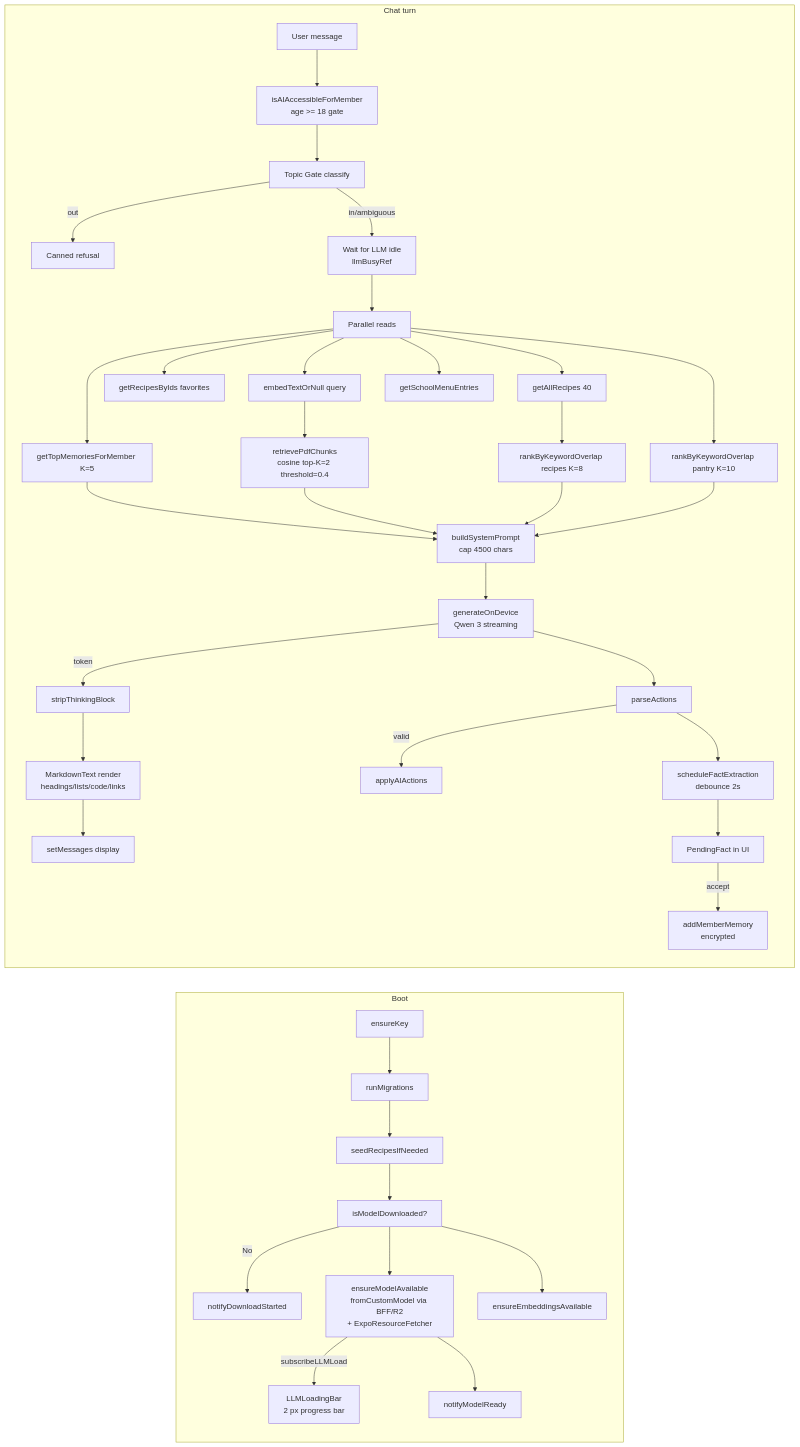
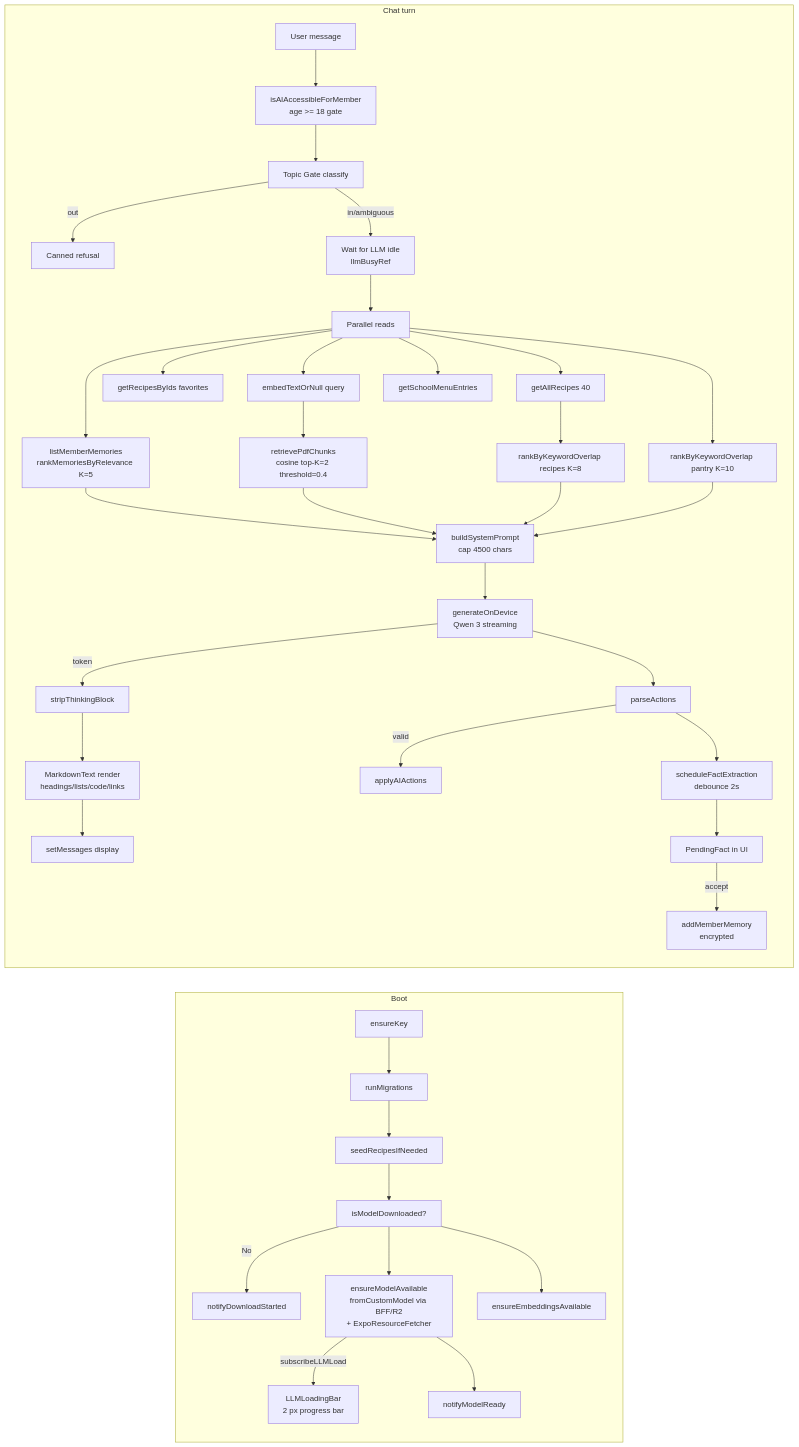
The first of 3 diagrams in docs/data-architecture/04-ai-architecture.md (antonionc/nutrIAssistant), drawn with Mermaid before and after one commit. The commit also changed other lines of this file and 23 other files, not shown here.

````diff
--- a/docs/data-architecture/04-ai-architecture.md
+++ b/docs/data-architecture/04-ai-architecture.md
@@ -31,41 +31,41 @@
 ```mermaid
 flowchart LR
     subgraph Boot[Boot]
         B1[ensureKey] --> B2[runMigrations] --> B3[seedRecipesIfNeeded]
         B3 --> B4[isModelDownloaded?]
         B4 -- No --> B5[notifyDownloadStarted]
         B4 --> B6[ensureModelAvailable<br/>fromCustomModel via BFF/R2<br/>+ ExpoResourceFetcher]
         B6 -- subscribeLLMLoad --> Bar[LLMLoadingBar<br/>2 px progress bar]
         B6 --> B7[notifyModelReady]
         B4 --> B8[ensureEmbeddingsAvailable]
     end
 
     subgraph Chat[Chat turn]
         Q[User message] --> AG[isAIAccessibleForMember<br/>age >= 18 gate]
         AG --> TG[Topic Gate classify]
         TG -- out --> Refusal[Canned refusal]
         TG -- in/ambiguous --> WB[Wait for LLM idle<br/>llmBusyRef]
         WB --> R0[Parallel reads]
         R0 --> R1[getAllRecipes 40]
         R0 --> R2[getRecipesByIds favorites]
-        R0 --> R3[getTopMemoriesForMember K=5]
+        R0 --> R3[listMemberMemories<br/>rankMemoriesByRelevance K=5]
         R0 --> R4[embedTextOrNull query]
         R0 --> R5[getSchoolMenuEntries]
         R4 --> Ret[retrievePdfChunks<br/>cosine top-K=2 threshold=0.4]
         R1 --> RK[rankByKeywordOverlap recipes K=8]
         R0 --> RP[rankByKeywordOverlap pantry K=10]
         R3 --> BP[buildSystemPrompt<br/>cap 4500 chars]
         Ret --> BP
         RK --> BP
         RP --> BP
         BP --> Gen[generateOnDevice<br/>Qwen 3 streaming]
         Gen -- token --> Strip[stripThinkingBlock]
         Strip --> MD[MarkdownText render<br/>headings/lists/code/links]
         MD --> UI[setMessages display]
         Gen --> Parse[parseActions]
         Parse -- valid --> ApplyAct[applyAIActions]
         Parse --> FX[scheduleFactExtraction<br/>debounce 2s]
         FX --> Pend[PendingFact in UI]
         Pend -- accept --> AddMem[addMemberMemory<br/>encrypted]
     end
 ```
````
